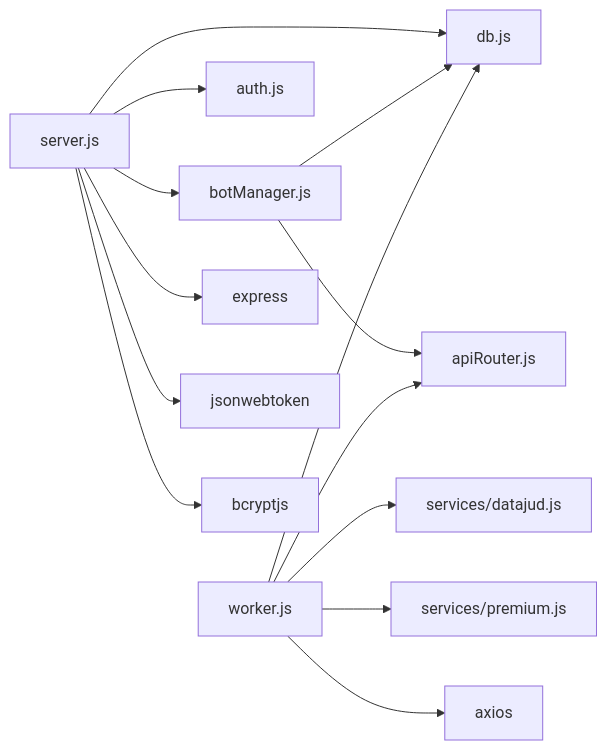
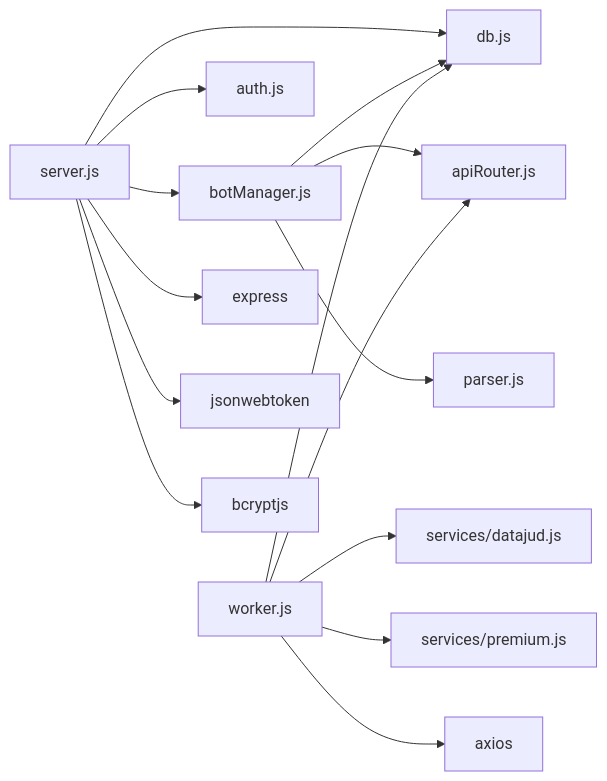
One commit to Alexandrexicara/bot-processos changed diagram 11 of 11 in .qoder/repowiki/en/content/Telegram Bot Integration/Bot Management System.md. Above: the diagram before and after it, drawn with Mermaid. The commit also changed other lines of this file and 3 other files, not shown here.

````diff
--- a/.qoder/repowiki/en/content/Telegram Bot Integration/Bot Management System.md
+++ b/.qoder/repowiki/en/content/Telegram Bot Integration/Bot Management System.md
@@ -370,16 +426,17 @@
 ```mermaid
 graph LR
 Server["server.js"] --> BotMgr["botManager.js"]
 Server --> Auth["auth.js"]
 Server --> DB["db.js"]
 BotMgr --> DB
 BotMgr --> API["apiRouter.js"]
+BotMgr --> Parser["parser.js"]
 Worker["worker.js"] --> DB
 Worker --> API
 Worker --> DataJud["services/datajud.js"]
 Worker --> Premium["services/premium.js"]
 Server --> Express["express"]
 Server --> JWT["jsonwebtoken"]
 Server --> BCrypt["bcryptjs"]
 Worker --> Axios["axios"]
 ```
````
